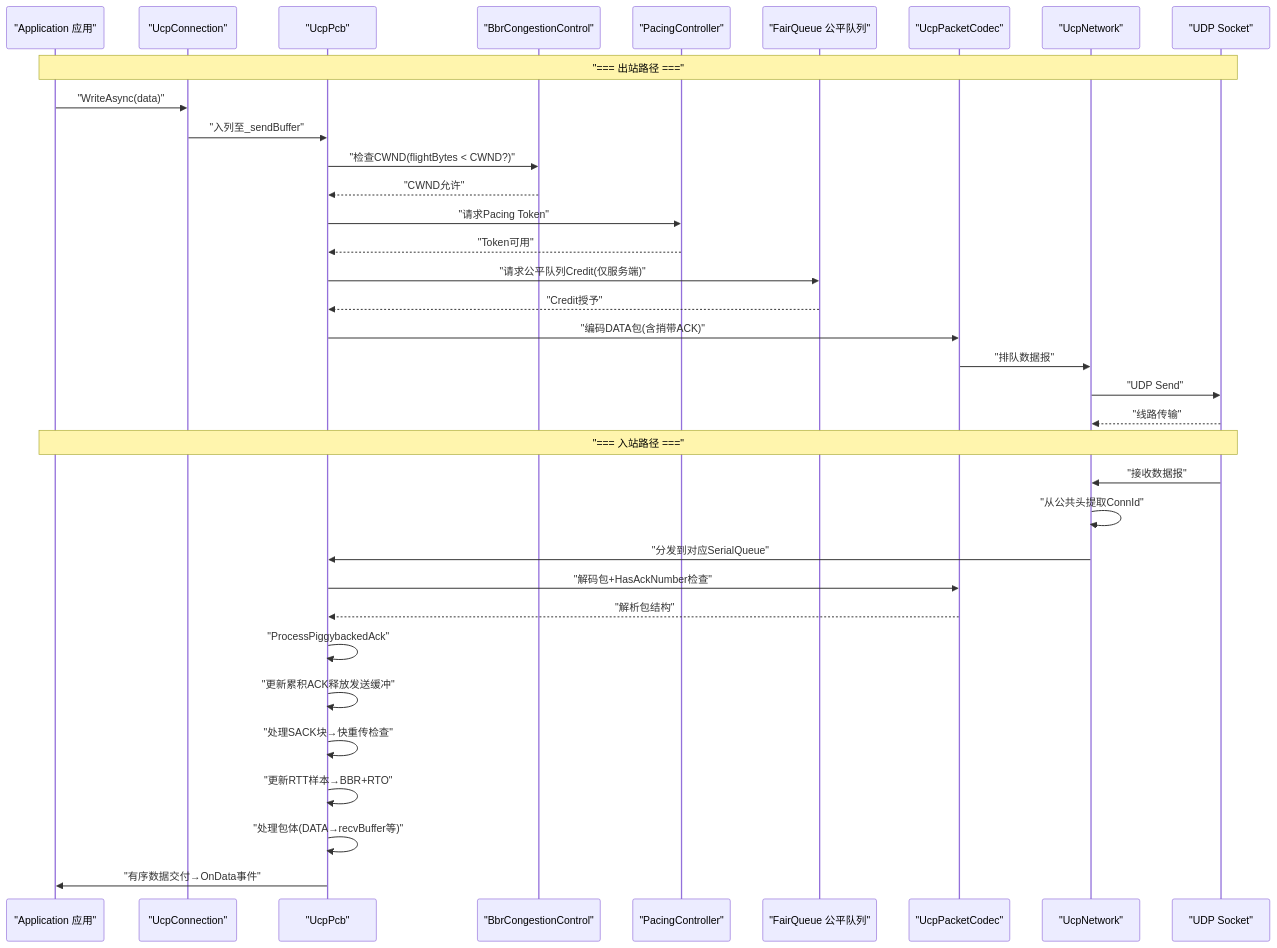
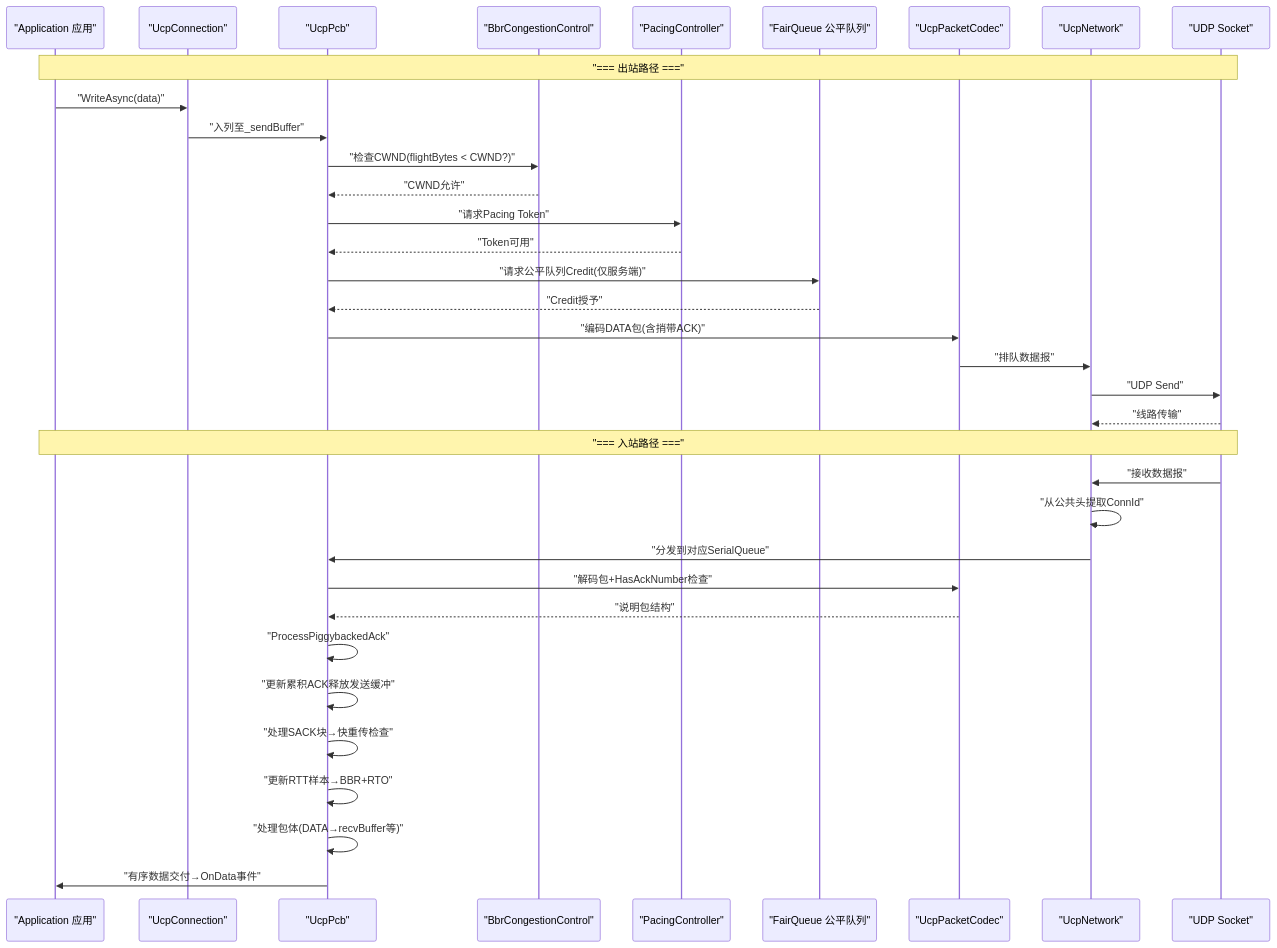
The second of 11 diagrams in docs/architecture_CN.md (liulilittle/ucp), drawn with Mermaid before and after one commit. The commit also changed other lines of this file and 70 other files, not shown here.

````diff
--- a/docs/architecture_CN.md
+++ b/docs/architecture_CN.md
@@ -55,39 +55,39 @@
 ```mermaid
 sequenceDiagram
     participant App as "Application 应用"
     participant Conn as "UcpConnection"
     participant PCB as "UcpPcb"
     participant BBR as "BbrCongestionControl"
     participant Pace as "PacingController"
     participant FQ as "FairQueue 公平队列"
     participant Codec as "UcpPacketCodec"
     participant Net as "UcpNetwork"
     participant Sock as "UDP Socket"
     
     Note over App,Sock: "=== 出站路径 ==="
     App->>Conn: "WriteAsync(data)"
     Conn->>PCB: "入列至_sendBuffer"
     PCB->>BBR: "检查CWND(flightBytes < CWND?)"
     BBR-->>PCB: "CWND允许"
     PCB->>Pace: "请求Pacing Token"
     Pace-->>PCB: "Token可用"
     PCB->>FQ: "请求公平队列Credit(仅服务端)"
     FQ-->>PCB: "Credit授予"
     PCB->>Codec: "编码DATA包(含捎带ACK)"
     Codec->>Net: "排队数据报"
     Net->>Sock: "UDP Send"
     Sock-->>Net: "线路传输"
     
     Note over App,Sock: "=== 入站路径 ==="
     Sock->>Net: "接收数据报"
     Net->>Net: "从公共头提取ConnId"
     Net->>PCB: "分发到对应SerialQueue"
     PCB->>Codec: "解码包+HasAckNumber检查"
-    Codec-->>PCB: "解析包结构"
+    Codec-->>PCB: "说明包结构"
     PCB->>PCB: "ProcessPiggybackedAck"
     PCB->>PCB: "更新累积ACK释放发送缓冲"
     PCB->>PCB: "处理SACK块→快重传检查"
     PCB->>PCB: "更新RTT样本→BBR+RTO"
     PCB->>PCB: "处理包体(DATA→recvBuffer等)"
     PCB->>App: "有序数据交付→OnData事件"
 ```
````
